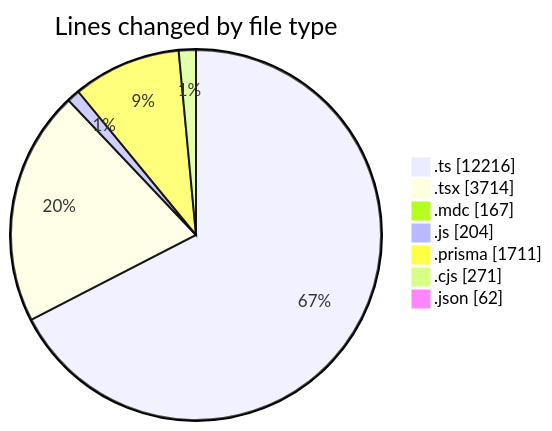
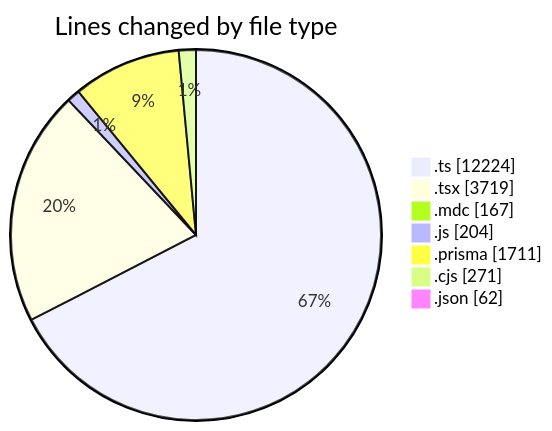
The first of 2 diagrams in 2025-06-06/ecodeli-1/README.md (CELIANVF/code-tracking), drawn with Mermaid before and after one commit. The commit also changed other lines of this file and 1 other file, not shown here.

````diff
--- a/2025-06-06/ecodeli-1/README.md
+++ b/2025-06-06/ecodeli-1/README.md
@@ -70,11 +70,11 @@
 ```mermaid
 pie showData
 title Lines changed by file type
-".ts" : 12216
-".tsx" : 3714
+".ts" : 12224
+".tsx" : 3719
 ".mdc" : 167
 ".js" : 204
 ".prisma" : 1711
 ".cjs" : 271
 ".json" : 62
 ```
````
